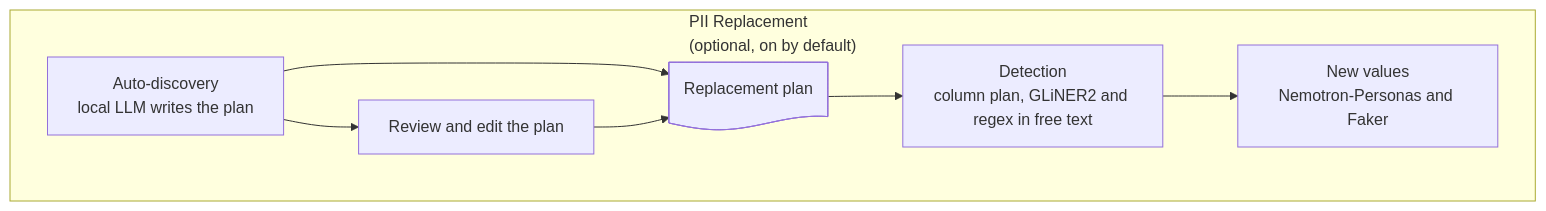
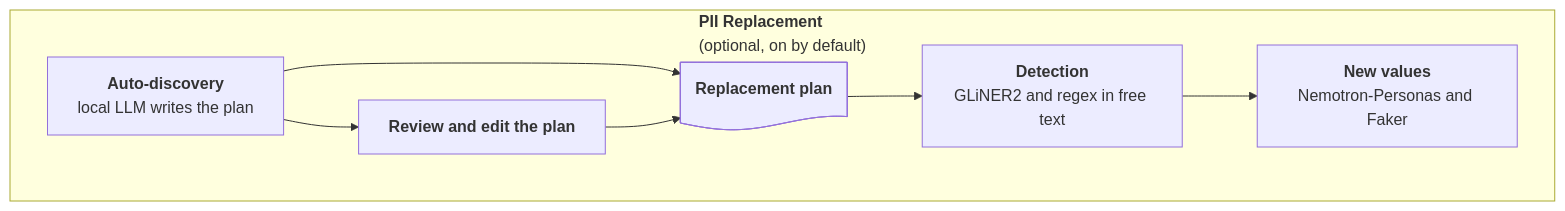
Before and after one commit to NVIDIA-NeMo/Safe-Synthesizer: the diagram in docs/dev-notes/posts/review-the-pii-replacement-plan.md, drawn with Mermaid. The commit also changed other lines of this file, not shown here.

Commit message:
pr review; add code/command for discovery

````diff
--- a/docs/dev-notes/posts/review-the-pii-replacement-plan.md
+++ b/docs/dev-notes/posts/review-the-pii-replacement-plan.md
@@ -20,11 +20,11 @@
 ```mermaid
 flowchart LR
-    subgraph pii ["PII Replacement<br/>(optional, on by default)"]
+    subgraph pii ["<b>PII Replacement</b><br/>(optional, on by default)"]
         direction LR
-        discover["Auto-discovery<br/>local LLM writes the plan"] --> review["Review and edit the plan"]
-        discover --> plan@{ shape: doc, label: "Replacement plan" }
+        discover["<b>Auto-discovery</b><br/>local LLM writes the plan"] --> review["<b>Review and edit the plan</b>"]
+        discover --> plan@{ shape: doc, label: "<b>Replacement plan</b>" }
         review --> plan
-        plan --> detection["Detection<br/>column plan, GLiNER2 and regex in free text"]
-        detection --> values["New values<br/>Nemotron-Personas and Faker"]
+        plan --> detection["<b>Detection</b><br/>GLiNER2 and regex in free text"]
+        detection --> values["<b>New values</b><br/>Nemotron-Personas and Faker"]
     end
 ```
````
